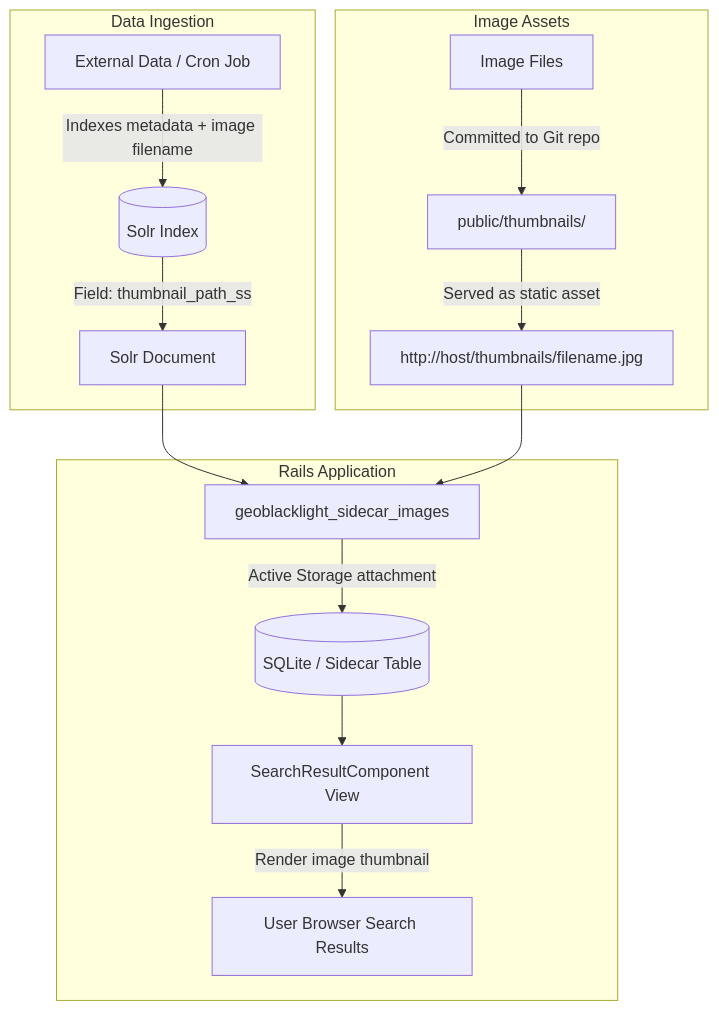
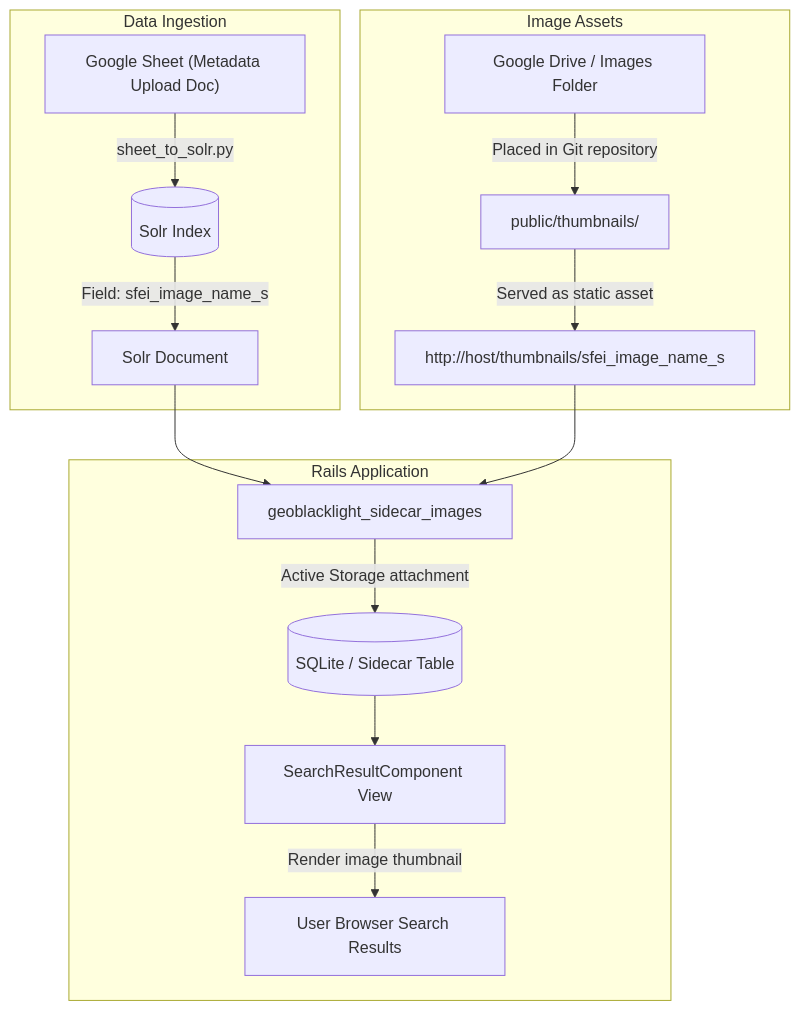
Before and after one commit to noorsheikh2/SFEI-GeoBlacklight-Internal: the diagram in docs/specs/sidecar-images-spec.md, drawn with Mermaid. The commit also changed other lines of this file, not shown here.

Commit message:
docs: update spec with sheet_to_solr ingestion and sfei_image_name_s field

````diff
--- a/docs/specs/sidecar-images-spec.md
+++ b/docs/specs/sidecar-images-spec.md
@@ -53,20 +53,20 @@
 ```mermaid
 flowchart TD
     subgraph Data Ingestion
-        A[External Data / Cron Job] -->|Indexes metadata + image filename| B[(Solr Index)]
-        B -->|Field: thumbnail_path_ss| C[Solr Document]
+        A["Google Sheet (Metadata Upload Doc)"] -->|sheet_to_solr.py| B[(Solr Index)]
+        B -->|Field: sfei_image_name_s| C[Solr Document]
     end
 
     subgraph Image Assets
-        IMG[Image Files] -->|Committed to Git repo| DIR[public/thumbnails/]
-        DIR -->|Served as static asset| URL[http://host/thumbnails/filename.jpg]
+        IMG["Google Drive / Images Folder"] -->|Placed in Git repository| DIR[public/thumbnails/]
+        DIR -->|Served as static asset| URL["http://host/thumbnails/sfei_image_name_s"]
     end
 
     subgraph Rails Application
         C --> D[geoblacklight_sidecar_images]
         URL --> D
         D -->|Active Storage attachment| DB[(SQLite / Sidecar Table)]
         DB --> E[SearchResultComponent View]
         E -->|Render image thumbnail| UI[User Browser Search Results]
     end
 ```
````
